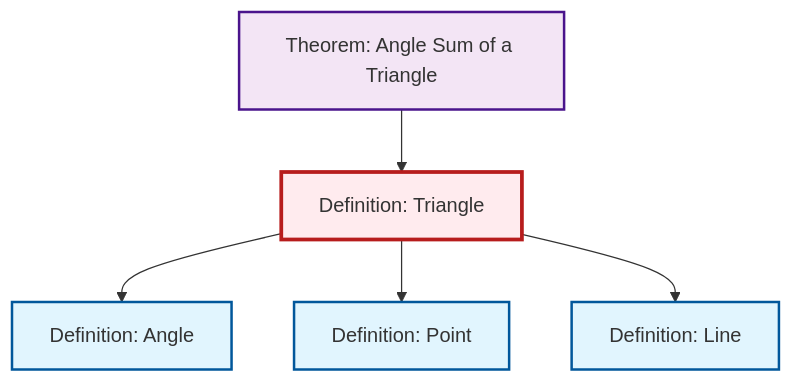
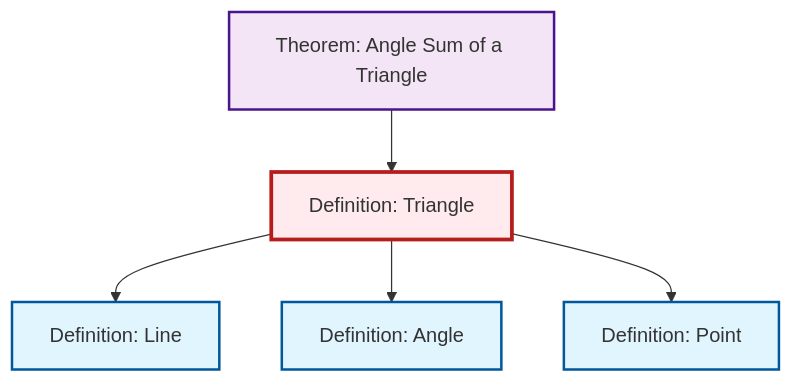
One commit to RK0429/ModernMath changed the diagram in content/en/geometry/def-triangle.qmd. Above: the diagram before and after it, drawn with Mermaid. The commit also changed other lines of this file and 530 other files, not shown here.

````diff
--- a/content/en/geometry/def-triangle.qmd
+++ b/content/en/geometry/def-triangle.qmd
@@ -59,23 +59,23 @@
 ```{mermaid}
 %%| fig-cap: "Local dependency graph"
 graph TD
     classDef definition fill:#e1f5fe,stroke:#01579b,stroke-width:2px
     classDef theorem fill:#f3e5f5,stroke:#4a148c,stroke-width:2px
     classDef axiom fill:#fff3e0,stroke:#e65100,stroke-width:2px
     classDef example fill:#e8f5e9,stroke:#1b5e20,stroke-width:2px
     classDef current fill:#ffebee,stroke:#b71c1c,stroke-width:3px
+    thm-angle-sum-triangle["Theorem: Angle Sum of a Triangle"]:::theorem
+    def-point["Definition: Point"]:::definition
+    def-triangle["Definition: Triangle"]:::definition
     def-line["Definition: Line"]:::definition
     def-angle["Definition: Angle"]:::definition
-    def-triangle["Definition: Triangle"]:::definition
-    thm-angle-sum-triangle["Theorem: Angle Sum of a Triangle"]:::theorem
-    def-point["Definition: Point"]:::definition
+    def-triangle --> def-line
     def-triangle --> def-angle
+    def-triangle --> def-point
     thm-angle-sum-triangle --> def-triangle
-    def-triangle --> def-point
-    def-triangle --> def-line
     class def-triangle current
+    click thm-angle-sum-triangle "thm-angle-sum-triangle.html" "Go to Angle Sum of a Triangle theorem"
+    click def-point "def-point.html" "Go to Point definition"
     click def-line "def-line.html" "Go to Line definition"
     click def-angle "def-angle.html" "Go to Angle definition"
-    click thm-angle-sum-triangle "thm-angle-sum-triangle.html" "Go to Angle Sum of a Triangle theorem"
-    click def-point "def-point.html" "Go to Point definition"
 ```
````
